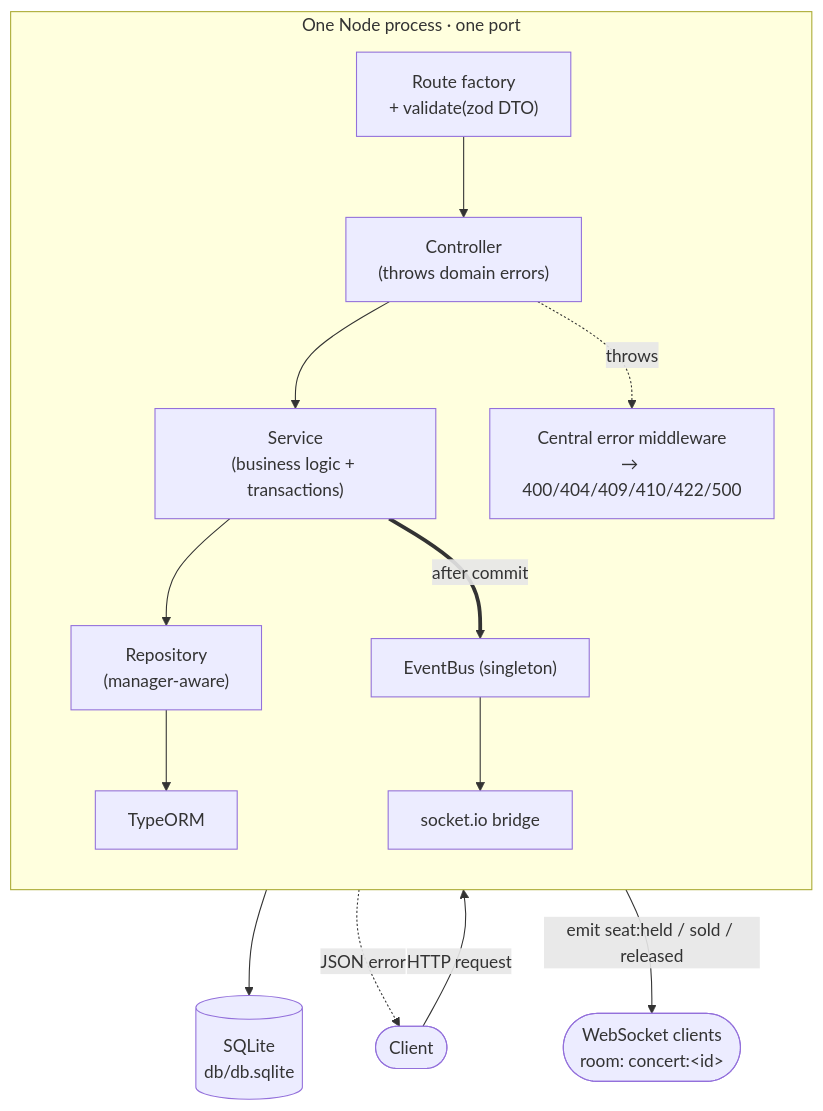
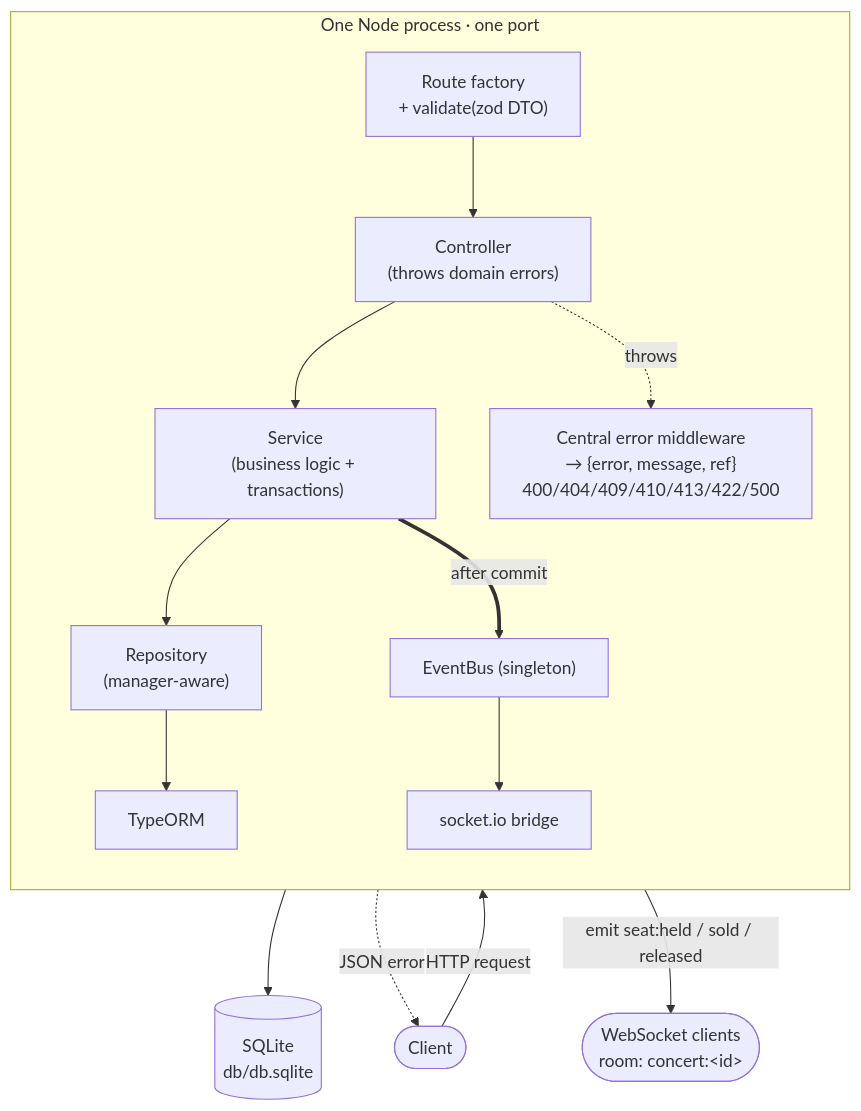
One commit to LuLuKar05/ticketing-system changed the first of 3 diagrams in README.md. Above: the diagram before and after it, drawn with Mermaid. The commit also changed other lines of this file, not shown here.

````diff
--- a/README.md
+++ b/README.md
@@ -78,21 +79,21 @@
 ```mermaid
 flowchart TD
     Client([Client])
     subgraph Node["One Node process · one port"]
       direction TB
       Route["Route factory<br/>+ validate(zod DTO)"]
       Ctrl["Controller<br/>(throws domain errors)"]
       Svc["Service<br/>(business logic + transactions)"]
       Repo["Repository<br/>(manager-aware)"]
       ORM["TypeORM"]
       Bus["EventBus (singleton)"]
       Bridge["socket.io bridge"]
-      Err["Central error middleware<br/>→ 400/404/409/410/422/500"]
+      Err["Central error middleware<br/>→ {error, message, ref}<br/>400/404/409/410/413/422/500"]
     end
     DB[("SQLite<br/>db/db.sqlite")]
     WS([WebSocket clients<br/>room: concert:&lt;id&gt;])
 
     Client -->|HTTP request| Route --> Ctrl --> Svc --> Repo --> ORM --> DB
     Ctrl -. throws .-> Err -. JSON error .-> Client
     Svc == after commit ==> Bus --> Bridge -->|emit seat:held / sold / released| WS
 ```
````
